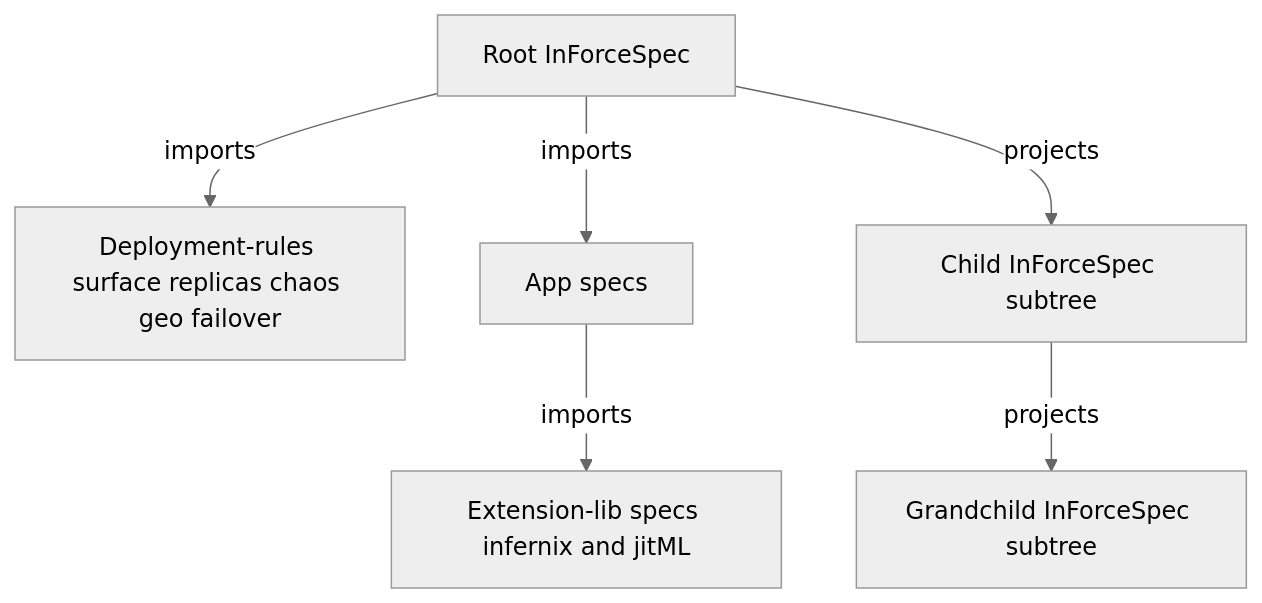
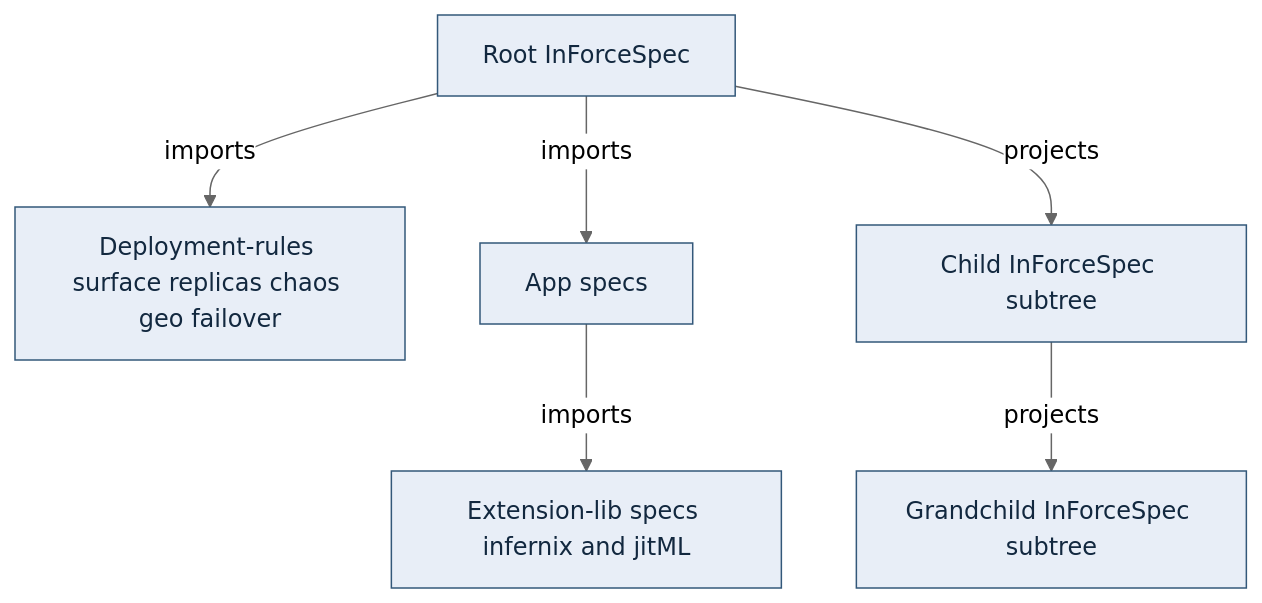
Before and after one commit to Tuee22/amoebius: the second of 3 diagrams in documents/engineering/dsl_doctrine.md, drawn with Mermaid (neutral theme). The commit also changed other lines of this file and 36 other files, not shown here.

````diff
--- a/documents/engineering/dsl_doctrine.md
+++ b/documents/engineering/dsl_doctrine.md
@@ -246,8 +254,9 @@
 ```mermaid
 flowchart TD
-  root[Root InForceSpec] -->|imports| deploy[Deployment-rules surface replicas chaos geo failover]
-  root -->|imports| apps[App specs]
-  apps -->|imports| ext[Extension-lib specs infernix and jitML]
-  root -->|projects| child[Child InForceSpec subtree]
-  child -->|projects| grandchild[Grandchild InForceSpec subtree]
+  root["Root InForceSpec"]:::intent -->|imports| deploy["Deployment-rules surface replicas chaos geo failover"]:::intent
+  root -->|imports| apps["App specs"]:::intent
+  apps -->|imports| ext["Extension-lib specs infernix and jitML"]:::intent
+  root -->|projects| child["Child InForceSpec subtree"]:::intent
+  child -->|projects| grandchild["Grandchild InForceSpec subtree"]:::intent
+  classDef intent   fill:#e8eef7,stroke:#33587a,color:#12283f,stroke-width:1px
 ```
````
